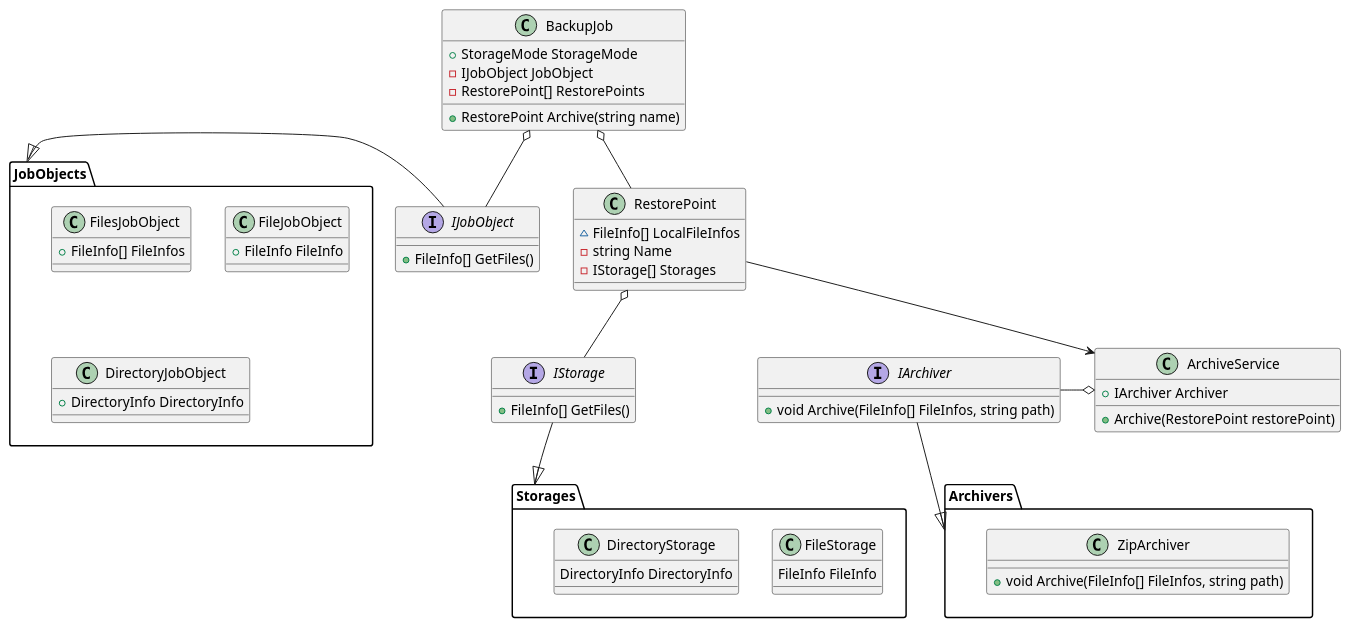
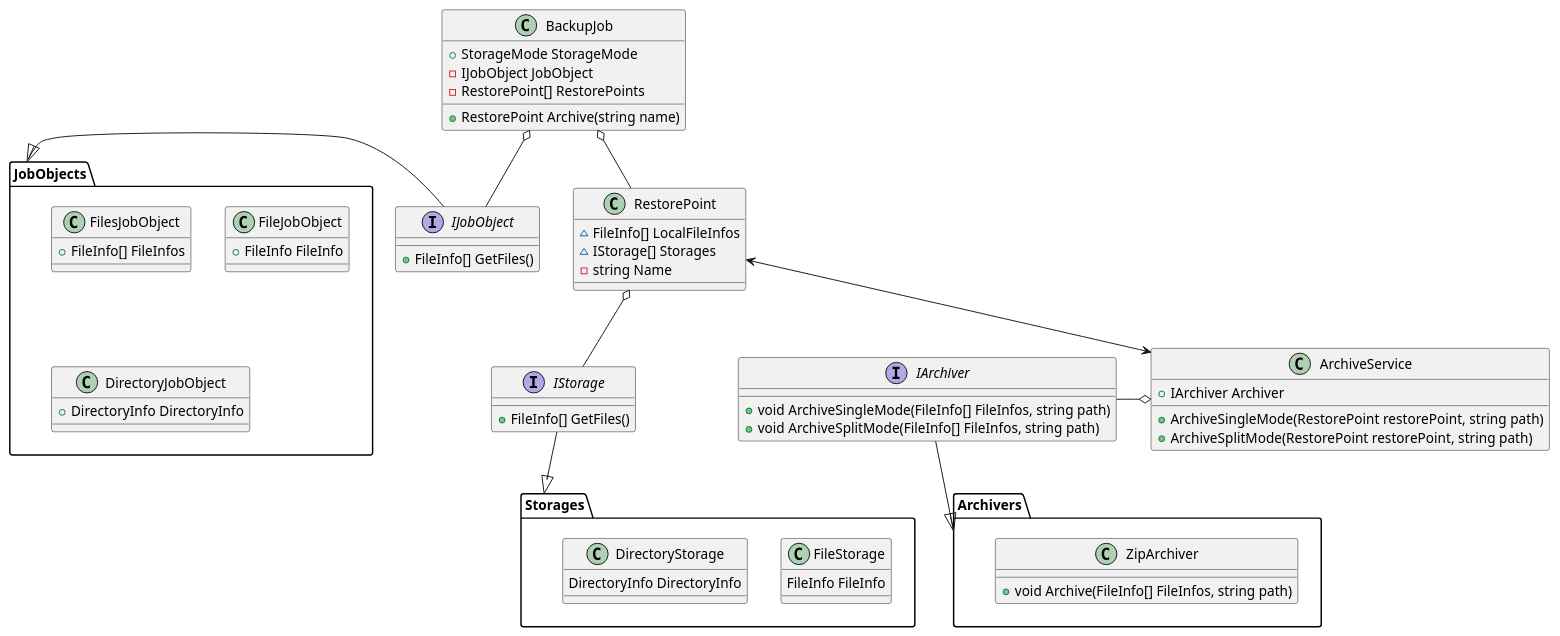
The diagram in Docs/Classes.puml (Ar4eR-ValerA/OOP.IIIsem), drawn with PlantUML before and after one commit. The commit also changed 4 other files, not shown here.

Commit message:
feat: adds archive service

```diff
--- a/Docs/Classes.puml
+++ b/Docs/Classes.puml
@@ -1,74 +1,76 @@
 @startuml
 
 class BackupJob {
     + StorageMode StorageMode
     - IJobObject JobObject
     - RestorePoint[] RestorePoints
     
     + RestorePoint Archive(string name)
 }
 
 interface IJobObject {
     + FileInfo[] GetFiles()
 }
 
 package JobObjects {
     class FilesJobObject {
         + FileInfo[] FileInfos
     }
     
     class FileJobObject {
         + FileInfo FileInfo
     }
     
     class DirectoryJobObject {
         + DirectoryInfo DirectoryInfo
     }
 }
 
 class RestorePoint {
     ~ FileInfo[] LocalFileInfos
+    ~ IStorage[] Storages
     - string Name
-    - IStorage[] Storages
 }
 
 interface IStorage {
     + FileInfo[] GetFiles()
 }
 
 package Archivers {
     class ZipArchiver {
         + void Archive(FileInfo[] FileInfos, string path)
     }
 }
 
 interface IArchiver {
-    + void Archive(FileInfo[] FileInfos, string path)
+    + void ArchiveSingleMode(FileInfo[] FileInfos, string path)
+    + void ArchiveSplitMode(FileInfo[] FileInfos, string path)
 }
 
 class ArchiveService {
     + IArchiver Archiver
     
-    + Archive(RestorePoint restorePoint)
+    + ArchiveSingleMode(RestorePoint restorePoint, string path)
+    + ArchiveSplitMode(RestorePoint restorePoint, string path)
 }
 
 package Storages {
     class FileStorage {
         FileInfo FileInfo
     }
     
     class DirectoryStorage {
         DirectoryInfo DirectoryInfo
     }
 }
 
 BackupJob o-- RestorePoint
 RestorePoint o-- IStorage
 BackupJob o-- IJobObject
-RestorePoint --> ArchiveService
+RestorePoint <--> ArchiveService
 JobObjects <|- IJobObject
 IStorage --|> Storages
 IArchiver -o ArchiveService
 IArchiver --|> Archivers
 
 @enduml
```
